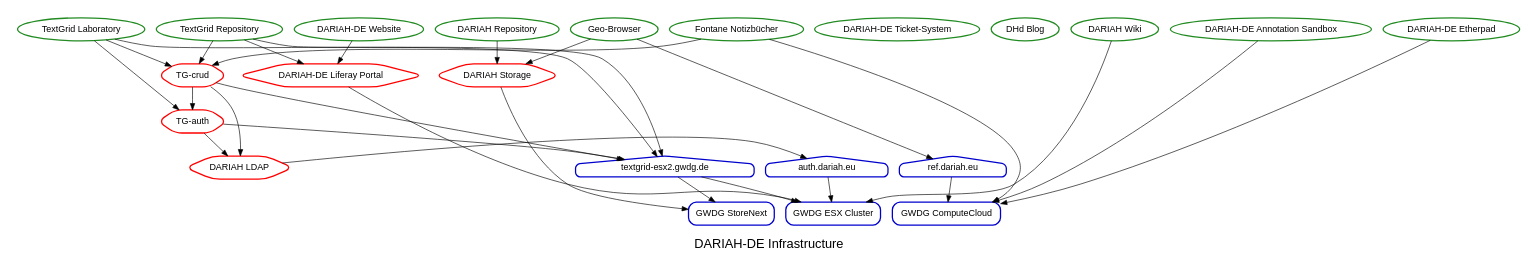
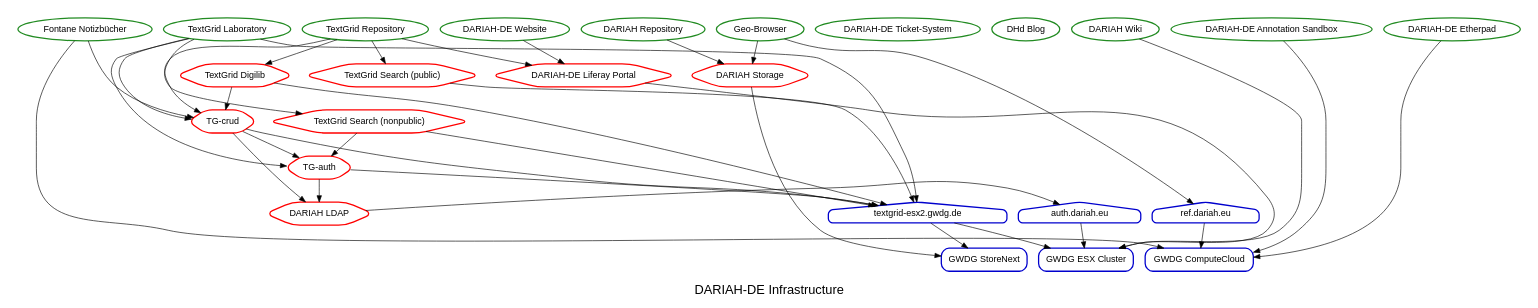
One commit to DARIAH-DE/status changed the diagram in dariah_infrastructure.gv. Above: the diagram before and after it, drawn with Graphviz. The commit also changed 2 other files, not shown here.

```diff
--- a/dariah_infrastructure.gv
+++ b/dariah_infrastructure.gv
@@ -1,68 +1,78 @@
 digraph {
 	fontname=helvetica fontsize=20 label="DARIAH-DE Infrastructure"
 	subgraph cluster_services {
 		node [color=forestgreen fontname=helvetica shape=oval style="rounded,bold"]
 		color=white label=""
 		"/services/tgrep" [label="TextGrid Repository"]
 		"/services/fontane" [label="Fontane Notizbücher"]
 		"/services/tglab" [label="TextGrid Laboratory"]
 		"/services/dhdblog" [label="DHd Blog"]
 		"/services/otrs" [label="DARIAH-DE Ticket-System"]
 		"/services/confluence" [label="DARIAH Wiki"]
 		"/services/annotation_sandbox" [label="DARIAH-DE Annotation Sandbox"]
 		"/services/etherpad" [label="DARIAH-DE Etherpad"]
 		"/services/website" [label="DARIAH-DE Website"]
 		"/services/geobrowser" [label="Geo-Browser"]
 		"/services/repository" [label="DARIAH Repository"]
 	}
 	subgraph cluster_middlewares {
 		node [color=red fontname=helvetica shape=hexagon style="rounded,bold"]
 		color=white label=""
 		"/middlewares/dariahstorage" [label="DARIAH Storage"]
+		"/middlewares/tgsearch-public" [label="TextGrid Search (public)"]
 		"/middlewares/dariahldap" [label="DARIAH LDAP"]
 		"/middlewares/tgauth" [label="TG-auth"]
+		"/middlewares/tgdigilib" [label="TextGrid Digilib"]
 		"/middlewares/liferay" [label="DARIAH-DE Liferay Portal"]
+		"/middlewares/tgsearch-nonpublic" [label="TextGrid Search (nonpublic)"]
 		"/middlewares/tgcrud" [label="TG-crud"]
 	}
 	subgraph cluster_servers {
 		node [color=blue3 fontname=helvetica shape=house style="rounded,bold"]
 		color=white label=""
 		"/servers/ref" [label="ref.dariah.eu"]
 		"/servers/auth" [label="auth.dariah.eu"]
 		"/servers/textgrid-esx2" [label="textgrid-esx2.gwdg.de"]
 	}
 	subgraph cluster_infrastructure {
 		node [color=blue3 fontname=helvetica shape=box style="rounded,bold"]
 		color=white label=""
 		"/infrastructure/gwdg-esx" [label="GWDG ESX Cluster"]
 		"/infrastructure/gwdg-storenext" [label="GWDG StoreNext"]
 		"/infrastructure/gwdg-cloud" [label="GWDG ComputeCloud"]
 	}
 	"/services/tgrep" -> "/middlewares/liferay"
 	"/services/tgrep" -> "/middlewares/tgcrud"
-	"/services/tgrep" -> "/servers/textgrid-esx2"
+	"/services/tgrep" -> "/middlewares/tgsearch-public"
+	"/services/tgrep" -> "/middlewares/tgdigilib"
 	"/services/fontane" -> "/middlewares/tgcrud"
 	"/services/fontane" -> "/infrastructure/gwdg-cloud"
 	"/services/tglab" -> "/middlewares/tgauth"
 	"/services/tglab" -> "/middlewares/tgcrud"
+	"/services/tglab" -> "/middlewares/tgsearch-nonpublic"
 	"/services/tglab" -> "/servers/textgrid-esx2"
 	"/services/confluence" -> "/infrastructure/gwdg-esx"
 	"/services/annotation_sandbox" -> "/infrastructure/gwdg-cloud"
 	"/services/etherpad" -> "/infrastructure/gwdg-cloud"
 	"/services/website" -> "/middlewares/liferay"
 	"/services/geobrowser" -> "/middlewares/dariahstorage"
 	"/services/geobrowser" -> "/servers/ref"
 	"/services/repository" -> "/middlewares/dariahstorage"
 	"/middlewares/dariahstorage" -> "/infrastructure/gwdg-storenext"
+	"/middlewares/tgsearch-public" -> "/servers/textgrid-esx2"
 	"/middlewares/dariahldap" -> "/servers/auth"
 	"/middlewares/tgauth" -> "/middlewares/dariahldap"
 	"/middlewares/tgauth" -> "/servers/textgrid-esx2"
+	"/middlewares/tgdigilib" -> "/middlewares/tgcrud"
+	"/middlewares/tgdigilib" -> "/servers/textgrid-esx2"
 	"/middlewares/liferay" -> "/infrastructure/gwdg-esx"
+	"/middlewares/tgsearch-nonpublic" -> "/servers/textgrid-esx2"
+	"/middlewares/tgsearch-nonpublic" -> "/middlewares/tgauth"
 	"/middlewares/tgcrud" -> "/middlewares/tgauth"
 	"/middlewares/tgcrud" -> "/middlewares/dariahldap"
 	"/middlewares/tgcrud" -> "/servers/textgrid-esx2"
 	"/servers/ref" -> "/infrastructure/gwdg-cloud"
 	"/servers/auth" -> "/infrastructure/gwdg-esx"
 	"/servers/textgrid-esx2" -> "/infrastructure/gwdg-storenext"
 	"/servers/textgrid-esx2" -> "/infrastructure/gwdg-esx"
 }
```
